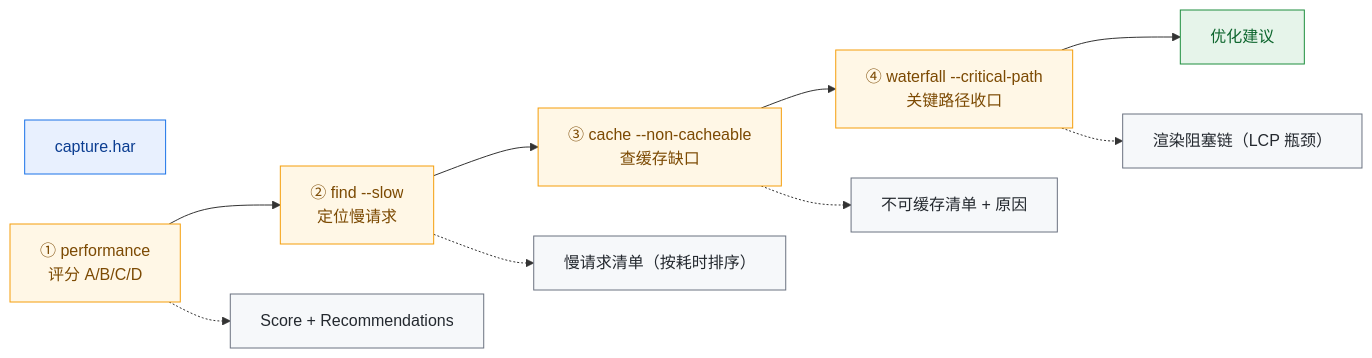
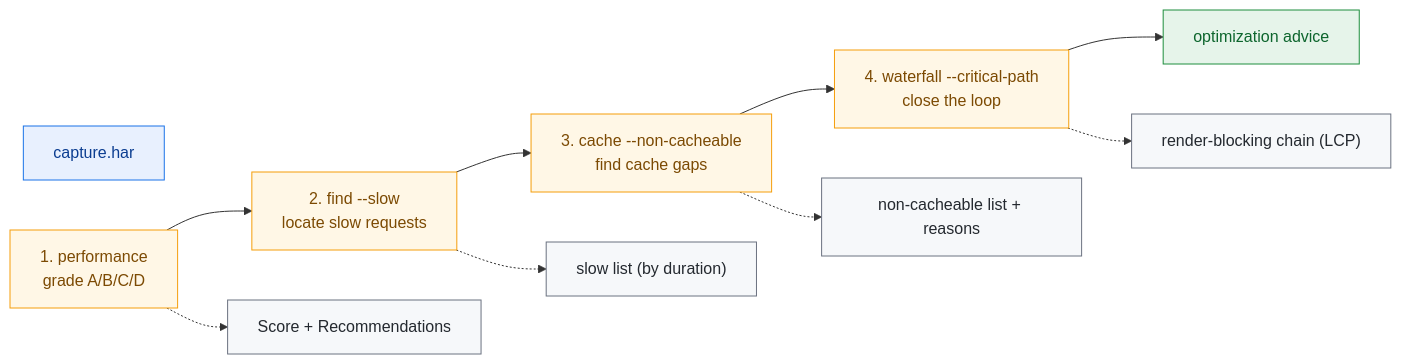
The first of 4 diagrams in website/zh/workflows/performance.md (hitechcloud-vietnam/har-skills), drawn with Mermaid before and after one commit. The commit also changed other lines of this file and 97 other files, not shown here.

````diff
--- a/website/zh/workflows/performance.md
+++ b/website/zh/workflows/performance.md
@@ -12,17 +13,17 @@
 ```mermaid
 flowchart LR
     HAR["capture.har"]:::input
-    P["① performance<br/>评分 A/B/C/D"]:::step --> F["② find --slow<br/>定位慢请求"]:::step
-    F --> C["③ cache --non-cacheable<br/>查缓存缺口"]:::step
-    C --> W["④ waterfall --critical-path<br/>关键路径收口"]:::step
-    W --> OUT["优化建议"]:::done
+    P["1. performance<br/>grade A/B/C/D"]:::step --> F["2. find --slow<br/>locate slow requests"]:::step
+    F --> C["3. cache --non-cacheable<br/>find cache gaps"]:::step
+    C --> W["4. waterfall --critical-path<br/>close the loop"]:::step
+    W --> OUT["optimization advice"]:::done
     P -.-> PO["Score + Recommendations"]:::out
-    F -.-> FO["慢请求清单（按耗时排序）"]:::out
-    C -.-> CO["不可缓存清单 + 原因"]:::out
-    W -.-> WO["渲染阻塞链（LCP 瓶颈）"]:::out
+    F -.-> FO["slow list (by duration)"]:::out
+    C -.-> CO["non-cacheable list + reasons"]:::out
+    W -.-> WO["render-blocking chain (LCP)"]:::out
 
     classDef input fill:#e8f0fe,stroke:#1a73e8,color:#0b3d91
     classDef step fill:#fff7e6,stroke:#f59e0b,color:#7c4a03
     classDef out fill:#f6f8fa,stroke:#6b7280,color:#24292f
     classDef done fill:#e6f4ea,stroke:#1e8e3e,color:#0d652d
 ```
````
